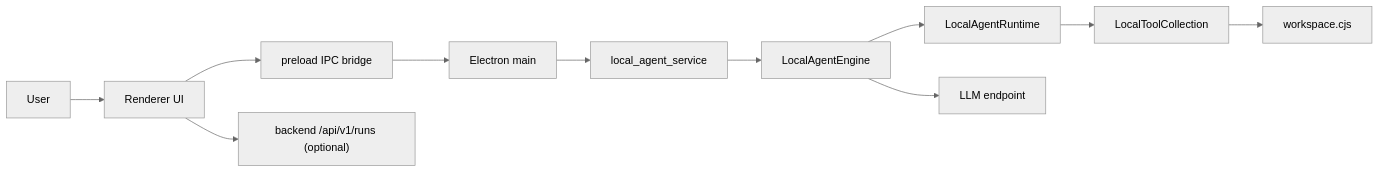
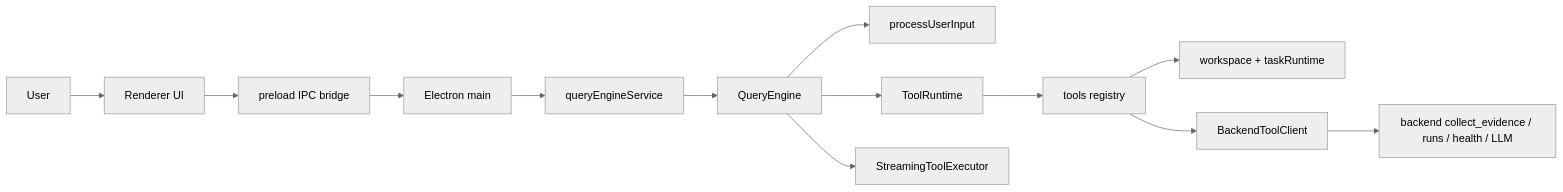
Before and after one commit to needitem/pixllm: the diagram in docs/01-overview/시스템_상세_아키텍처_설계.md, drawn with Mermaid (neutral theme). The commit also changed other lines of this file and 15 other files, not shown here.

````diff
--- a/docs/01-overview/시스템_상세_아키텍처_설계.md
+++ b/docs/01-overview/시스템_상세_아키텍처_설계.md
@@ -31,13 +31,15 @@
 ```mermaid
 flowchart LR
-    USER["User"] --> UI["Renderer UI"]
-    UI --> PRELOAD["preload IPC bridge"]
-    PRELOAD --> MAIN["Electron main"]
-    MAIN --> SERVICE["local_agent_service"]
-    SERVICE --> ENGINE["LocalAgentEngine"]
-    ENGINE --> RUNTIME["LocalAgentRuntime"]
-    RUNTIME --> TOOLS["LocalToolCollection"]
-    TOOLS --> WORKSPACE["workspace.cjs"]
-    ENGINE --> LLM["LLM endpoint"]
-    UI --> RUNS["backend /api/v1/runs (optional)"]
+    U["User"] --> R["Renderer UI"]
+    R --> P["preload IPC bridge"]
+    P --> M["Electron main"]
+    M --> S["queryEngineService"]
+    S --> Q["QueryEngine"]
+    Q --> PR["processUserInput"]
+    Q --> TR["ToolRuntime"]
+    Q --> STE["StreamingToolExecutor"]
+    TR --> TOOLS["tools registry"]
+    TOOLS --> WS["workspace + taskRuntime"]
+    TOOLS --> BE["BackendToolClient"]
+    BE --> API["backend collect_evidence / runs / health / LLM"]
 ```
````
